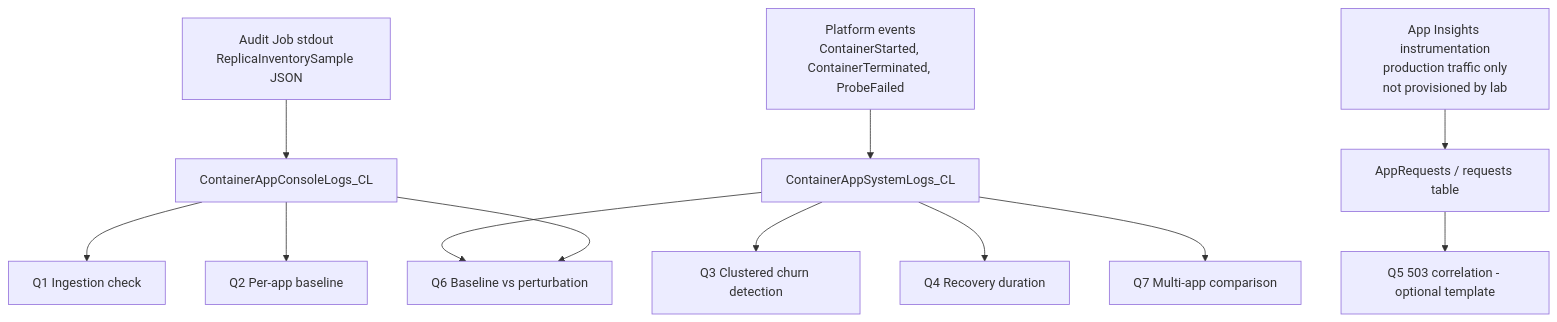
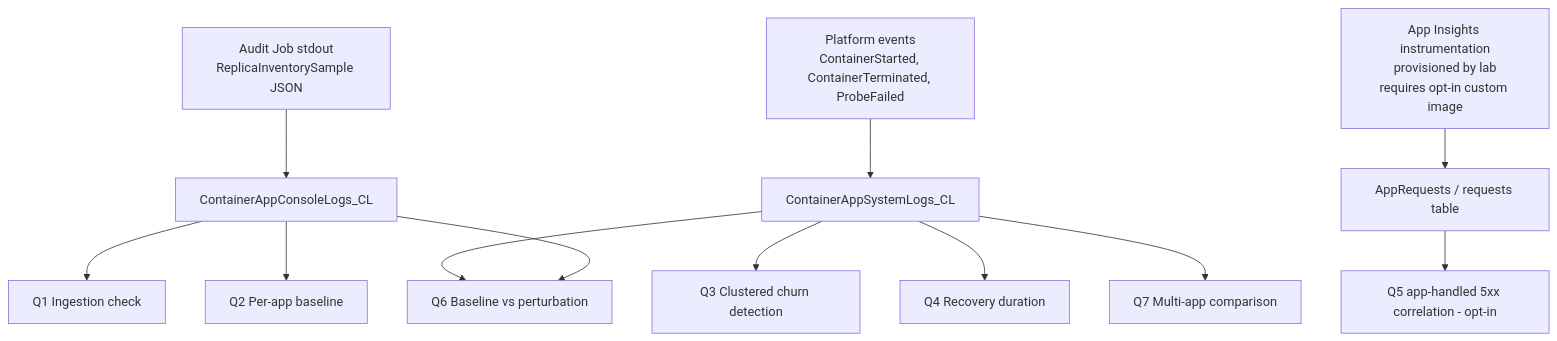
The diagram in docs/troubleshooting/kql/scaling-and-replicas/zone-redundancy-mass-reschedule.md (yeongseon/azure-container-apps-practical-guide), drawn with Mermaid before and after one commit. The commit also changed other lines of this file and 12 other files, not shown here.

First line of the commit message:
feat(labs): zone-redundancy-best-effort — wire App Insights and add optional subject-app + workbook (#214)

````diff
--- a/docs/troubleshooting/kql/scaling-and-replicas/zone-redundancy-mass-reschedule.md
+++ b/docs/troubleshooting/kql/scaling-and-replicas/zone-redundancy-mass-reschedule.md
@@ -44,14 +44,14 @@
 ```mermaid
 flowchart TD
     A[Audit Job stdout<br/>ReplicaInventorySample JSON] --> B[ContainerAppConsoleLogs_CL]
     C[Platform events<br/>ContainerStarted, ContainerTerminated, ProbeFailed] --> D[ContainerAppSystemLogs_CL]
     B --> E[Q1 Ingestion check]
     B --> F[Q2 Per-app baseline]
     D --> G[Q3 Clustered churn detection]
     D --> H[Q4 Recovery duration]
-    P[App Insights instrumentation<br/>production traffic only<br/>not provisioned by lab] --> Q[AppRequests / requests table]
-    Q --> I[Q5 503 correlation - optional template]
+    P[App Insights instrumentation<br/>provisioned by lab<br/>requires opt-in custom image] --> Q[AppRequests / requests table]
+    Q --> I[Q5 app-handled 5xx correlation - opt-in]
     D --> J[Q6 Baseline vs perturbation]
     D --> K[Q7 Multi-app comparison]
     B --> J
 ```
````
